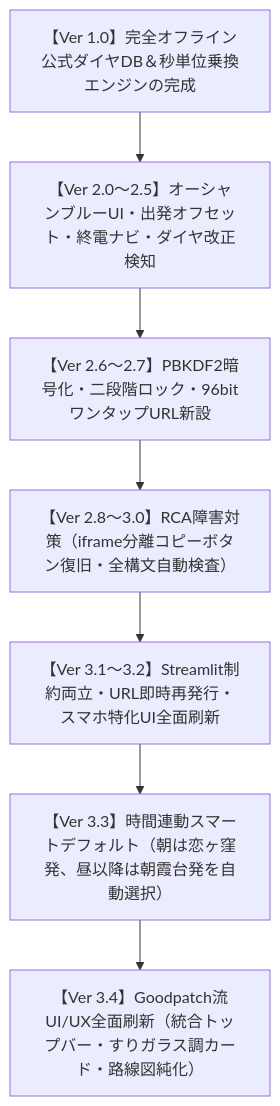
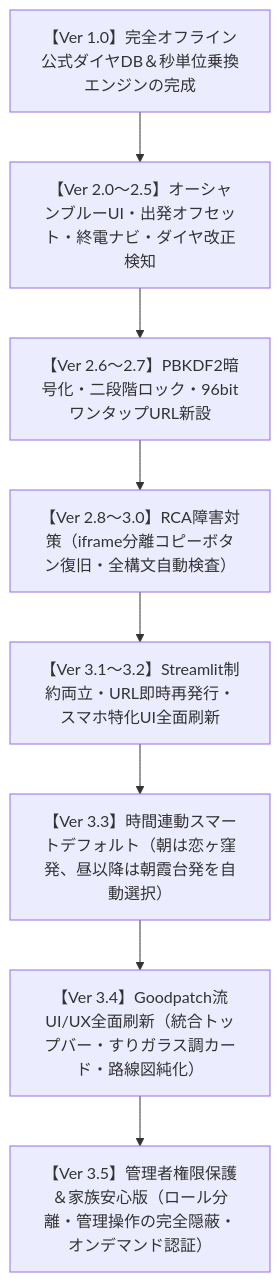
The first of 2 diagrams in README.md (uriboh428/koiasa-train-timer), drawn with Mermaid before and after one commit. The commit also changed other lines of this file and 3 other files, not shown here.

````diff
--- a/README.md
+++ b/README.md
@@ -48,12 +51,13 @@
 ```mermaid
 flowchart TD
     V1["【Ver 1.0】完全オフライン公式ダイヤDB＆秒単位乗換エンジンの完成"]
     V2["【Ver 2.0〜2.5】オーシャンブルーUI・出発オフセット・終電ナビ・ダイヤ改正検知"]
     V3["【Ver 2.6〜2.7】PBKDF2暗号化・二段階ロック・96bitワンタップURL新設"]
     V4["【Ver 2.8〜3.0】RCA障害対策（iframe分離コピーボタン復旧・全構文自動検査）"]
     V5["【Ver 3.1〜3.2】Streamlit制約両立・URL即時再発行・スマホ特化UI全面刷新"]
     V6["【Ver 3.3】時間連動スマートデフォルト（朝は恋ヶ窪発、昼以降は朝霞台発を自動選択）"]
     V7["【Ver 3.4】Goodpatch流UI/UX全面刷新（統合トップバー・すりガラス調カード・路線図純化）"]
+    V8["【Ver 3.5】管理者権限保護＆家族安心版（ロール分離・管理操作の完全隠蔽・オンデマンド認証）"]
 
-    V1 --> V2 --> V3 --> V4 --> V5 --> V6 --> V7
+    V1 --> V2 --> V3 --> V4 --> V5 --> V6 --> V7 --> V8
 ```
````
